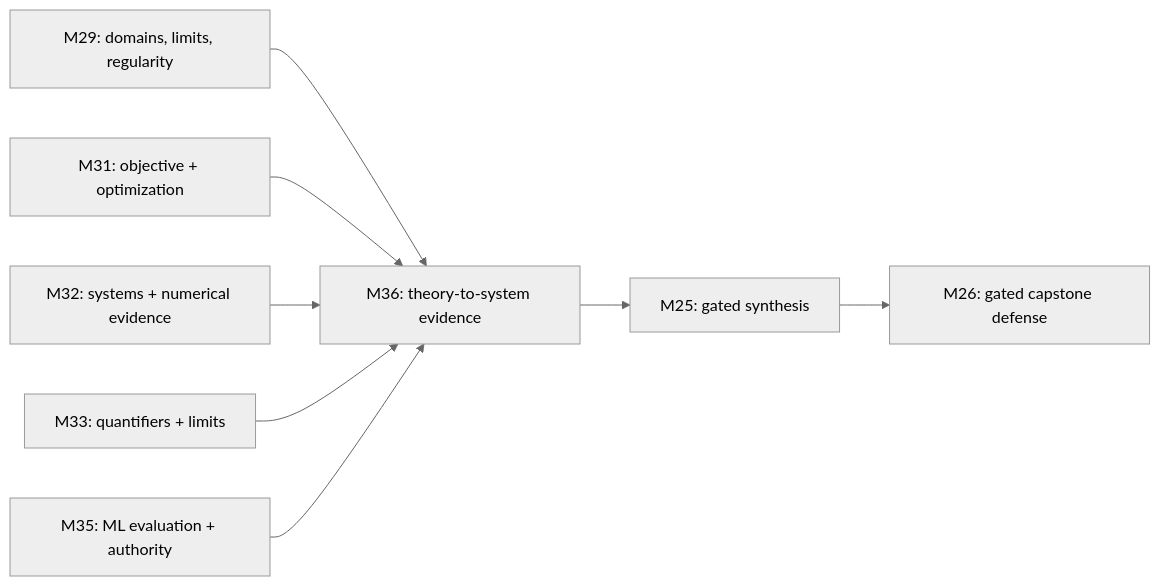
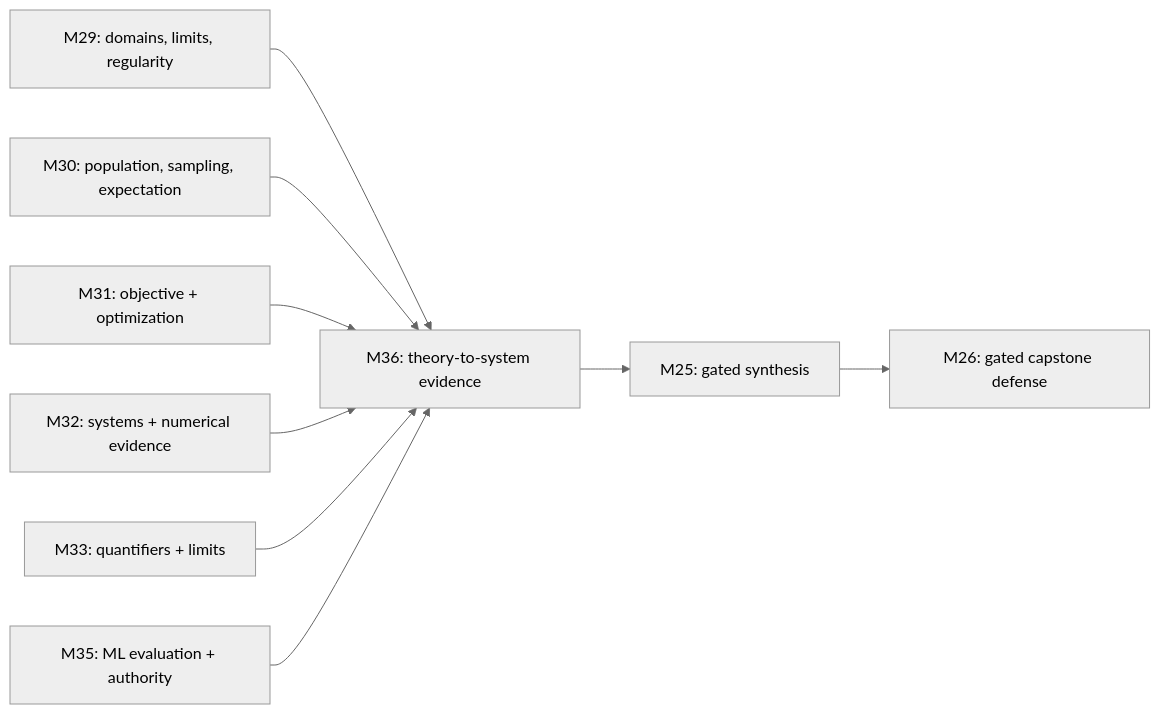
One commit to michaeliu3/atlas-academy-python-cs changed the first of 2 diagrams in content/authoring/m36_statistical_learning_theory_reliable_deep_learning_workbook.v1.md. Above: the diagram before and after it, drawn with Mermaid (neutral theme). The commit also changed other lines of this file and 27 other files, not shown here.

```diff
--- a/content/authoring/m36_statistical_learning_theory_reliable_deep_learning_workbook.v1.md
+++ b/content/authoring/m36_statistical_learning_theory_reliable_deep_learning_workbook.v1.md
@@ -104,13 +104,14 @@
 ~~~mermaid
 %% atlas-diagram-id: m36-theory-system-map
 %% atlas-diagram-title: M36 connects mathematical claims to learning-system evidence
-%% atlas-diagram-alt: M29 contributes regularity and limiting statements; M31 contributes optimization evidence; M32 contributes execution and reproducibility; M33 contributes formal quantifiers and limits; M35 contributes representation, evaluation, shift, and authority. All feed M36. M36 creates a bounded reliable-learning evidence packet that is handed to preview-only M25, then eventually M26.
+%% atlas-diagram-alt: M29 contributes regularity and limiting statements; M30 contributes probability models and the finite-average versus population-expectation distinction; M31 contributes optimization evidence; M32 contributes execution and reproducibility; M33 contributes formal quantifiers and limits; M35 contributes representation, evaluation, shift, and authority. All feed M36. M36 creates a bounded reliable-learning evidence packet that is handed to preview-only M25, then eventually M26.
 flowchart LR
   M29["M29: domains, limits, regularity"] --> M36["M36: theory-to-system evidence"]
+  M30["M30: population, sampling, expectation"] --> M36
   M31["M31: objective + optimization"] --> M36
   M32["M32: systems + numerical evidence"] --> M36
   M33["M33: quantifiers + limits"] --> M36
   M35["M35: ML evaluation + authority"] --> M36
   M36 --> M25["M25: gated synthesis"]
   M25 --> M26["M26: gated capstone defense"]
 ~~~
```
